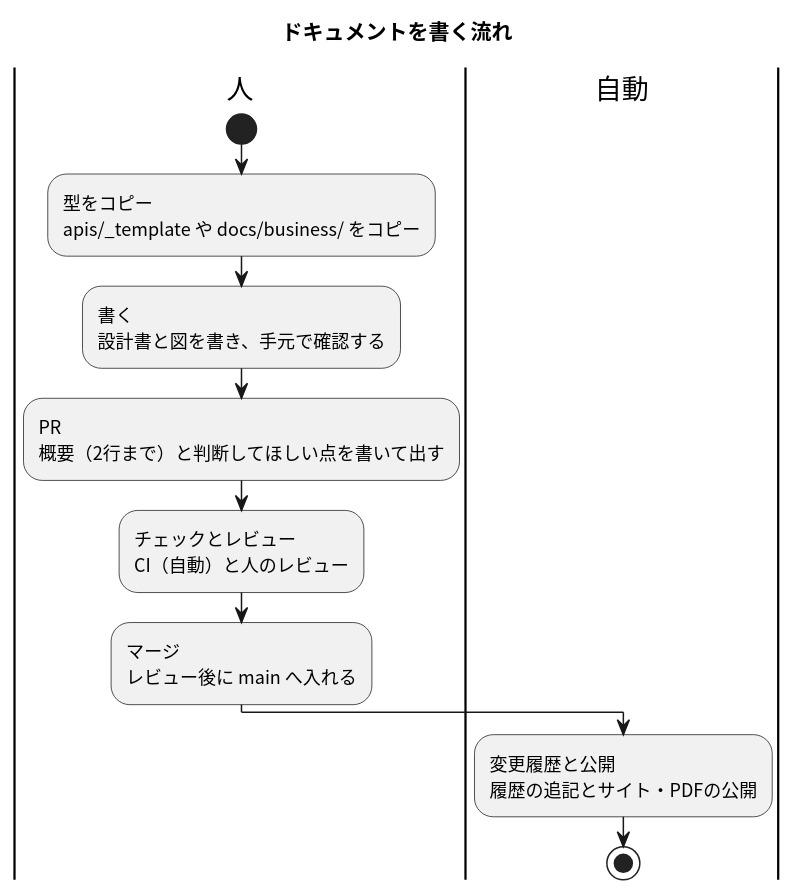
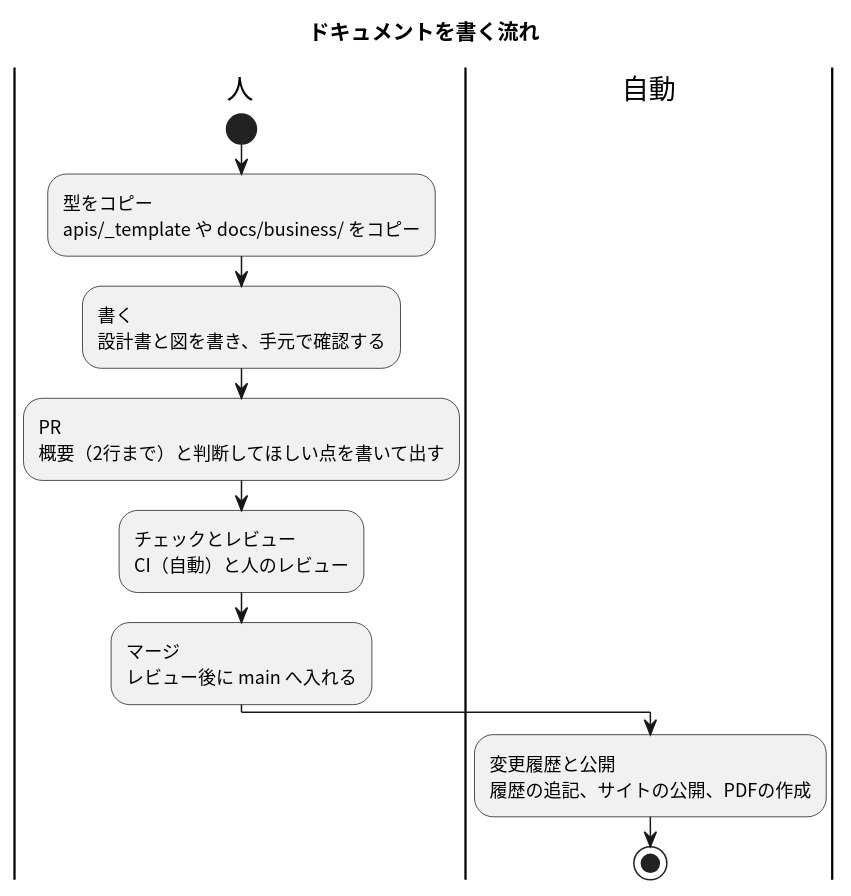
One commit to masamasamasato/design-doc-template changed the diagram in docs/usage-flow.puml. Above: the diagram before and after it, drawn with PlantUML. The commit also changed other lines of this file and 1 other file, not shown here.

Commit message:
変更履歴と公開の役割を、PDFは作成と書き、図の書き方説明を消す

```diff
--- a/docs/usage-flow.puml
+++ b/docs/usage-flow.puml
@@ -3,18 +2,18 @@
 @startuml
 skinparam shadowing false
 skinparam defaultFontName "Noto Sans CJK JP"
 skinparam ActivityFontName "Noto Sans CJK JP"
 
 title ドキュメントを書く流れ
 
 |人|
 start
 :型をコピー\napis/_template や docs/business/ をコピー;
 :書く\n設計書と図を書き、手元で確認する;
 :PR\n概要（2行まで）と判断してほしい点を書いて出す;
 :チェックとレビュー\nCI（自動）と人のレビュー;
 :マージ\nレビュー後に main へ入れる;
 |自動|
-:変更履歴と公開\n履歴の追記とサイト・PDFの公開;
+:変更履歴と公開\n履歴の追記、サイトの公開、PDFの作成;
 stop
 @enduml
```
